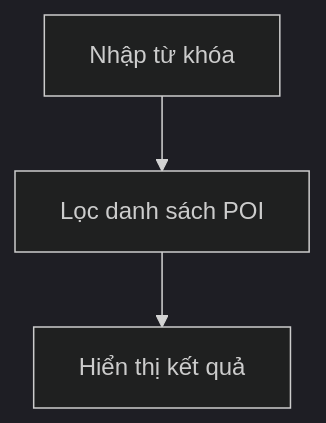
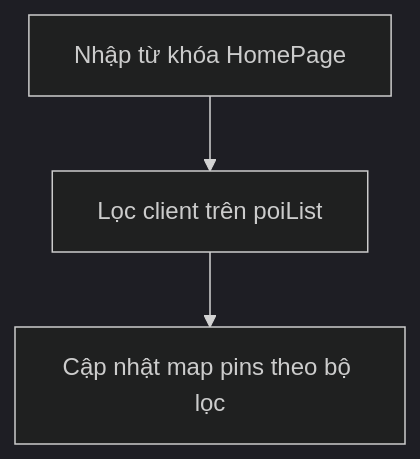
Diagram 32 of 55 in prd.md (NguyenPhuc-Du/StreetFood), drawn with Mermaid (dark theme) before and after one commit. The commit also changed other lines of this file and 8 other files, not shown here.

````diff
--- a/prd.md
+++ b/prd.md
@@ -1129,5 +1235,5 @@
 ```mermaid
 flowchart TD
-    B0[Nhập từ khóa] --> B1[Lọc danh sách POI]
-    B1 --> B2[Hiển thị kết quả]
+    B0[Nhập từ khóa HomePage] --> B1[Lọc client trên poiList]
+    B1 --> B2[Cập nhật map pins theo bộ lọc]
 ```
````
